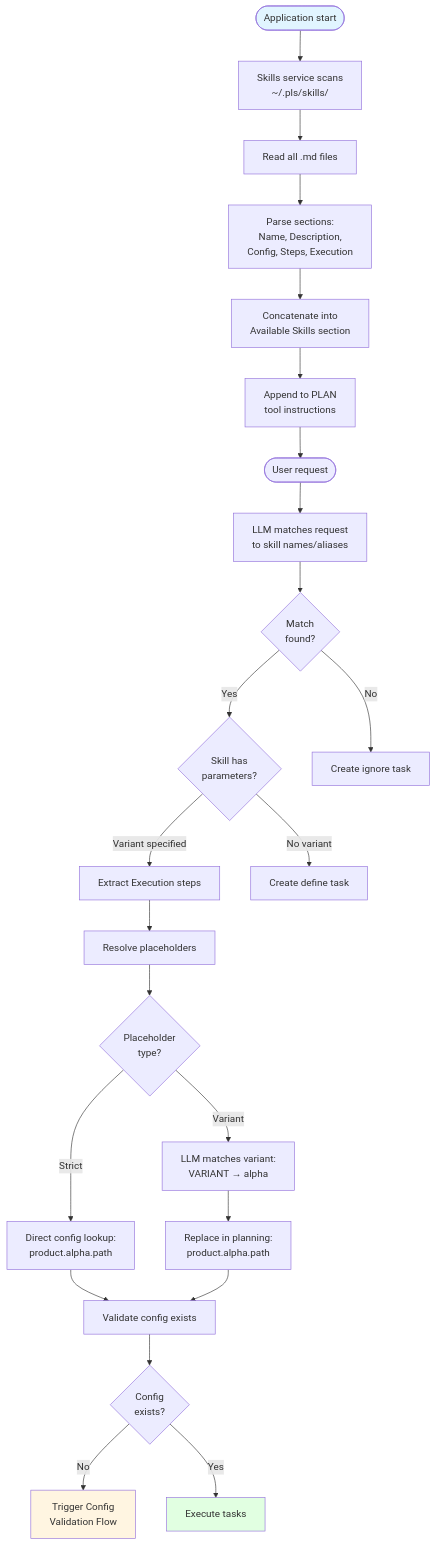
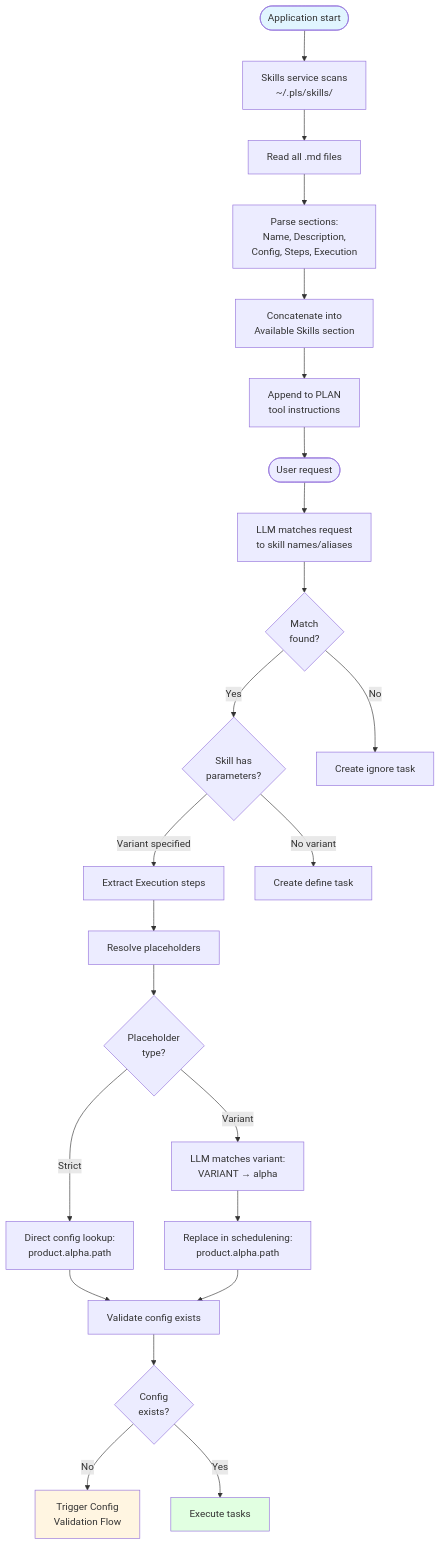
One commit to aswitalski/pls changed diagram 11 of 18 in FLOWS.md. Above: the diagram before and after it, drawn with Mermaid. The commit also changed other lines of this file and 45 other files, not shown here.

````diff
--- a/FLOWS.md
+++ b/FLOWS.md
@@ -593,36 +593,36 @@
 ```mermaid
 flowchart TD
     Start([Application start]) --> SkillLoad[Skills service scans<br/>~/.pls/skills/]
     SkillLoad --> ReadFiles[Read all .md files]
     ReadFiles --> ParseSections[Parse sections:<br/>Name, Description,<br/>Config, Steps, Execution]
     ParseSections --> Concat[Concatenate into<br/>Available Skills section]
     Concat --> AppendPlan[Append to PLAN<br/>tool instructions]
 
     AppendPlan --> UserReq([User request])
     UserReq --> SkillMatch[LLM matches request<br/>to skill names/aliases]
 
     SkillMatch --> Found{Match<br/>found?}
     Found -->|Yes| CheckParams{Skill has<br/>parameters?}
     Found -->|No| CreateIgnore[Create ignore task]
 
     CheckParams -->|Variant specified| ExtractSteps[Extract Execution steps]
     CheckParams -->|No variant| CreateDefine[Create define task]
 
     ExtractSteps --> ResolvePlaceholders[Resolve placeholders]
     ResolvePlaceholders --> StrictCheck{Placeholder<br/>type?}
 
     StrictCheck -->|Strict| DirectLookup[Direct config lookup:<br/>product.alpha.path]
     StrictCheck -->|Variant| LLMMatch[LLM matches variant:<br/>VARIANT → alpha]
 
-    LLMMatch --> ReplaceVar[Replace in planning:<br/>product.alpha.path]
+    LLMMatch --> ReplaceVar[Replace in schedulening:<br/>product.alpha.path]
     DirectLookup --> ValidateConfig
     ReplaceVar --> ValidateConfig
 
     ValidateConfig[Validate config exists] --> ConfigExists{Config<br/>exists?}
     ConfigExists -->|No| TriggerVal[Trigger Config<br/>Validation Flow]
     ConfigExists -->|Yes| Execute[Execute tasks]
 
     style Start fill:#e1f5ff
     style Execute fill:#e1ffe1
     style TriggerVal fill:#fff5e1
 ```
````
